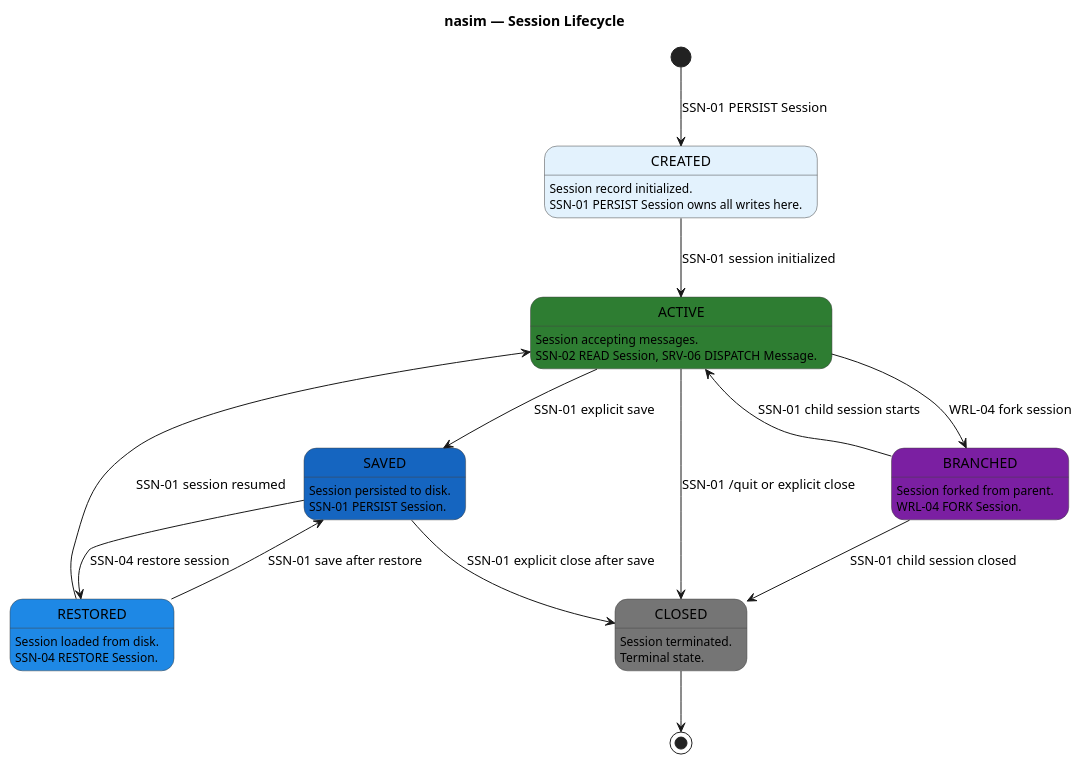
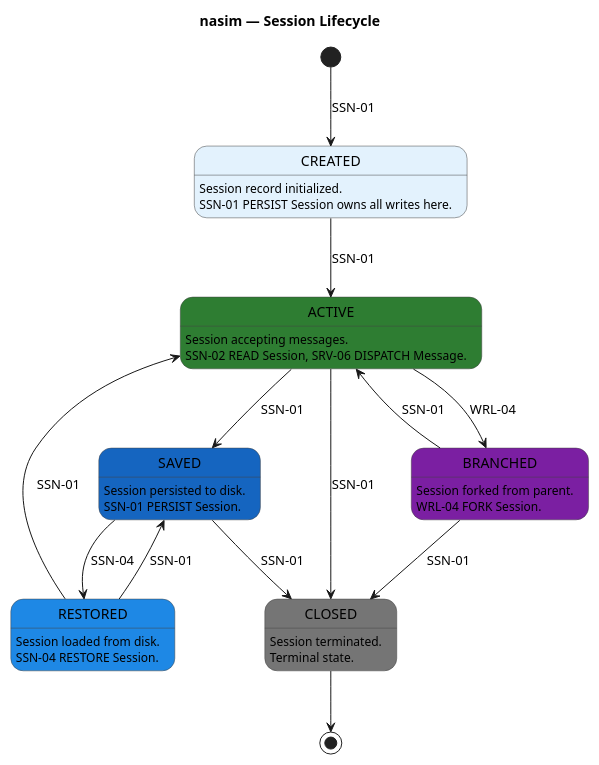
One commit to salimnamvar/nasim changed the first of 4 diagrams in SM.md. Above: the diagram before and after it, drawn with PlantUML. The commit also changed other lines of this file and 3 other files, not shown here.

Commit message:
docs: Update documentation paths and enhance component diagram descriptions

```diff
--- a/SM.md
+++ b/SM.md
@@ -123,59 +126,59 @@
 @startuml sm_session_lifecycle
 ' ============================================================
 ' Title:     nasim — Session Lifecycle State Machine
 ' Boundary:  nasim code agent
 ' Purpose:   Entity lifecycle for Session (persisted to disk)
 ' Milestone: v1.0
 ' Version:   6.0.0
 ' Source:    docs/UC/README.md
 ' Review:    docs/audit/audit.2026.06.20.sq-sm-chain.car.md
 ' ============================================================
 
 title nasim — Session Lifecycle
 
 skinparam state {
   BackgroundColor #FFFFFF
   BorderColor #424242
   FontColor #000000
 }
 
-[*] --> CREATED : SSN-01 PERSIST Session
+[*] --> CREATED : SSN-01
 
 state "CREATED" as CREATED #E3F2FD
 CREATED : Session record initialized.
 CREATED : SSN-01 PERSIST Session owns all writes here.
 
 state "ACTIVE" as ACTIVE #2E7D32
 ACTIVE : Session accepting messages.
 ACTIVE : SSN-02 READ Session, SRV-06 DISPATCH Message.
 
 state "SAVED" as SAVED #1565C0
 SAVED : Session persisted to disk.
 SAVED : SSN-01 PERSIST Session.
 
 state "RESTORED" as RESTORED #1E88E5
 RESTORED : Session loaded from disk.
 RESTORED : SSN-04 RESTORE Session.
 
 state "BRANCHED" as BRANCHED #7B1FA2
 BRANCHED : Session forked from parent.
 BRANCHED : WRL-04 FORK Session.
 
 state "CLOSED" as CLOSED #757575
 CLOSED : Session terminated.
 CLOSED : Terminal state.
 
-CREATED --> ACTIVE : SSN-01 session initialized
-ACTIVE --> SAVED : SSN-01 explicit save
-ACTIVE --> BRANCHED : WRL-04 fork session
-ACTIVE --> CLOSED : SSN-01 /quit or explicit close
-SAVED --> RESTORED : SSN-04 restore session
-RESTORED --> ACTIVE : SSN-01 session resumed
-RESTORED --> SAVED : SSN-01 save after restore
-BRANCHED --> ACTIVE : SSN-01 child session starts
-BRANCHED --> CLOSED : SSN-01 child session closed
-SAVED --> CLOSED : SSN-01 explicit close after save
+CREATED --> ACTIVE : SSN-01
+ACTIVE --> SAVED : SSN-01
+ACTIVE --> BRANCHED : WRL-04
+ACTIVE --> CLOSED : SSN-01
+SAVED --> RESTORED : SSN-04
+RESTORED --> ACTIVE : SSN-01
+RESTORED --> SAVED : SSN-01
+BRANCHED --> ACTIVE : SSN-01
+BRANCHED --> CLOSED : SSN-01
+SAVED --> CLOSED : SSN-01
 
 CLOSED --> [*]
 
 @enduml
```
